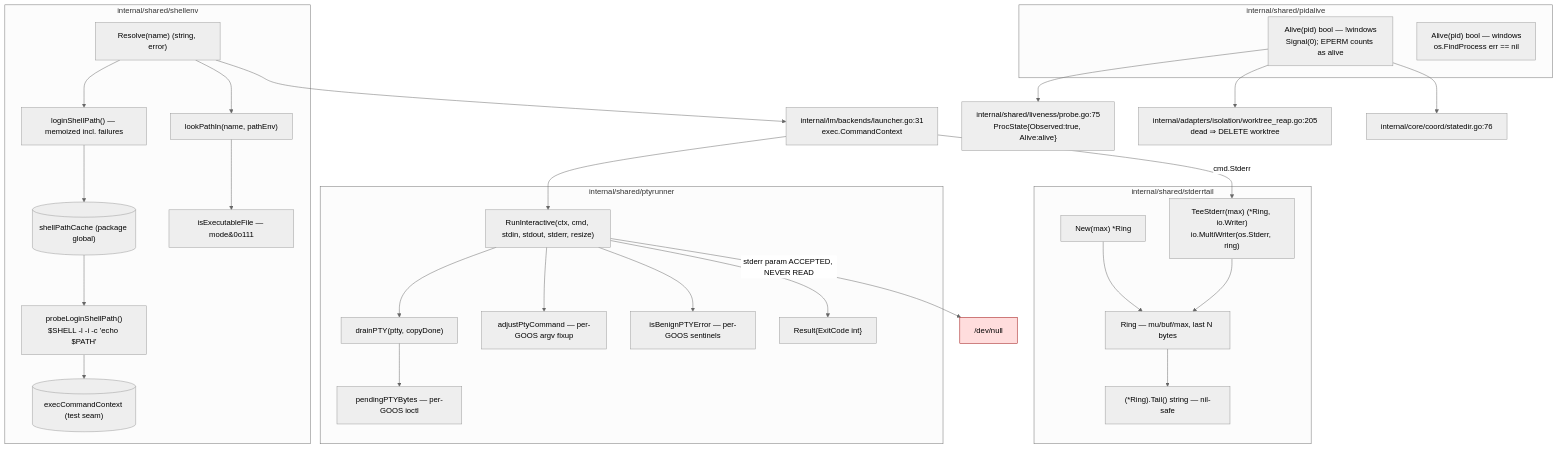
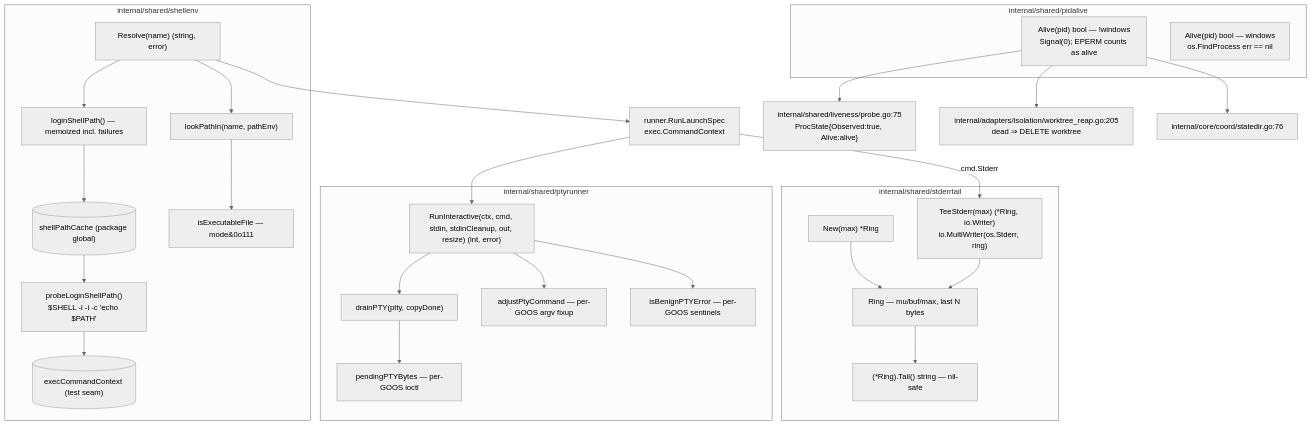
Before and after one commit to ctxloom/ctxloom: the diagram in docs/architecture/shared/process-execution.md, drawn with Mermaid (neutral theme). The commit also changed other lines of this file and 16 other files, not shown here.

First line of the commit message:
docs: close-out — state what the 2026-09-29 run made true

````diff
--- a/docs/architecture/shared/process-execution.md
+++ b/docs/architecture/shared/process-execution.md
@@ -7,54 +7,50 @@
 ```mermaid
 flowchart TD
-  LAUNCH["internal/lm/backends/launcher.go:31<br/>exec.CommandContext"]
+  LAUNCH["runner.RunLaunchSpec<br/>exec.CommandContext"]
 
   subgraph se["internal/shared/shellenv"]
     R["Resolve(name) (string, error)"]
     LSP["loginShellPath() — memoized incl. failures"]
     PLSP["probeLoginShellPath()<br/>$SHELL -l -i -c 'echo $PATH'"]
     LPI["lookPathIn(name, pathEnv)"]
     IEF["isExecutableFile — mode&0o111"]
     CACHE[("shellPathCache (package global)")]
     SEAM[("execCommandContext (test seam)")]
     R --> LSP --> CACHE
     CACHE --> PLSP --> SEAM
     R --> LPI --> IEF
   end
 
   subgraph pr["internal/shared/ptyrunner"]
-    RI["RunInteractive(ctx, cmd, stdin, stdout, stderr, resize)"]
+    RI["RunInteractive(ctx, cmd, stdin, stdinCleanup, out, resize) (int, error)"]
     DR["drainPTY(ptty, copyDone)"]
-    RES["Result{ExitCode int}"]
     PPB["pendingPTYBytes — per-GOOS ioctl"]
     IBE["isBenignPTYError — per-GOOS sentinels"]
     APC["adjustPtyCommand — per-GOOS argv fixup"]
     RI --> DR --> PPB
     RI --> APC
     RI --> IBE
-    RI --> RES
   end
 
   subgraph st["internal/shared/stderrtail"]
     RING["Ring — mu/buf/max, last N bytes"]
     NEWR["New(max) *Ring"]
     TEE["TeeStderr(max) (*Ring, io.Writer)<br/>io.MultiWriter(os.Stderr, ring)"]
     TAIL["(*Ring).Tail() string — nil-safe"]
     NEWR --> RING
     TEE --> RING
     RING --> TAIL
   end
 
   subgraph pa["internal/shared/pidalive"]
     AU["Alive(pid) bool — !windows<br/>Signal(0); EPERM counts as alive"]
     AW["Alive(pid) bool — windows<br/>os.FindProcess err == nil"]
   end
 
   R --> LAUNCH --> RI
   LAUNCH -->|"cmd.Stderr"| TEE
-  RI -->|"stderr param ACCEPTED, NEVER READ"| VOID["/dev/null"]
   AU --> LIVE["internal/shared/liveness/probe.go:75<br/>ProcState{Observed:true, Alive:alive}"]
   AU --> REAP["internal/adapters/isolation/worktree_reap.go:205<br/>dead ⇒ DELETE worktree"]
   AU --> SD["internal/core/coord/statedir.go:76"]
 
-  style VOID fill:#fdd,stroke:#900
 ```
````
